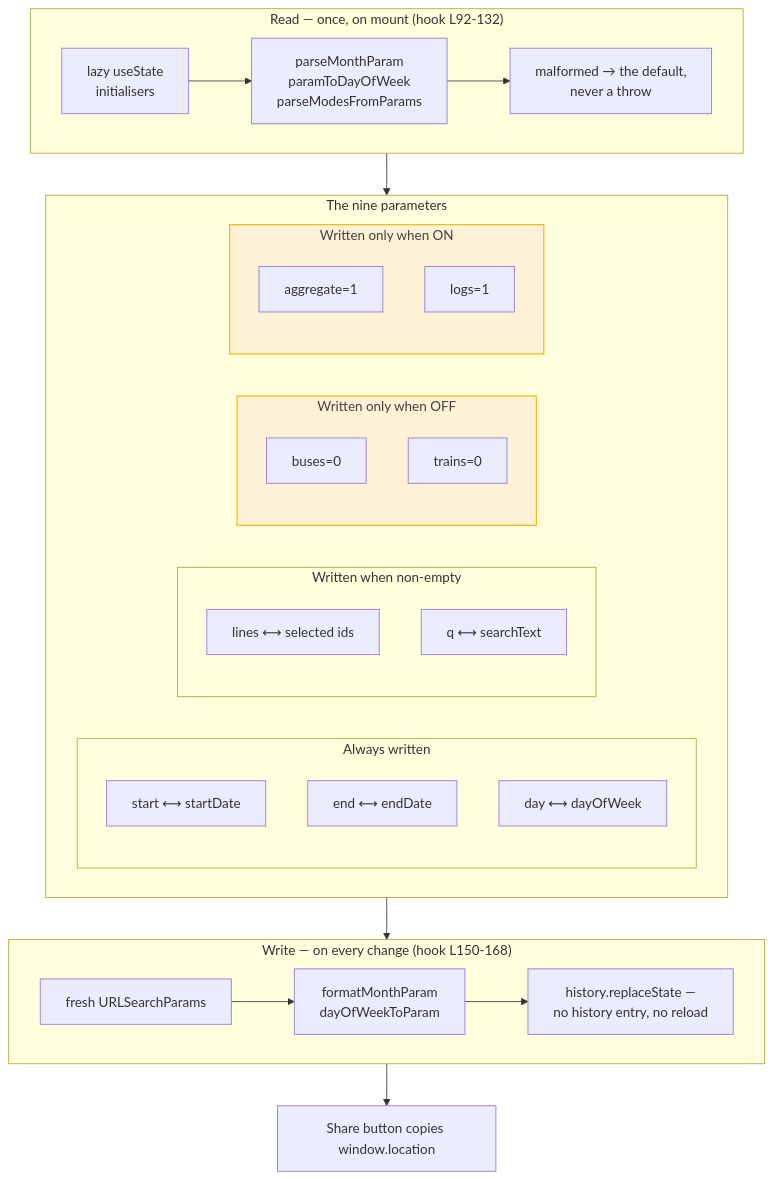
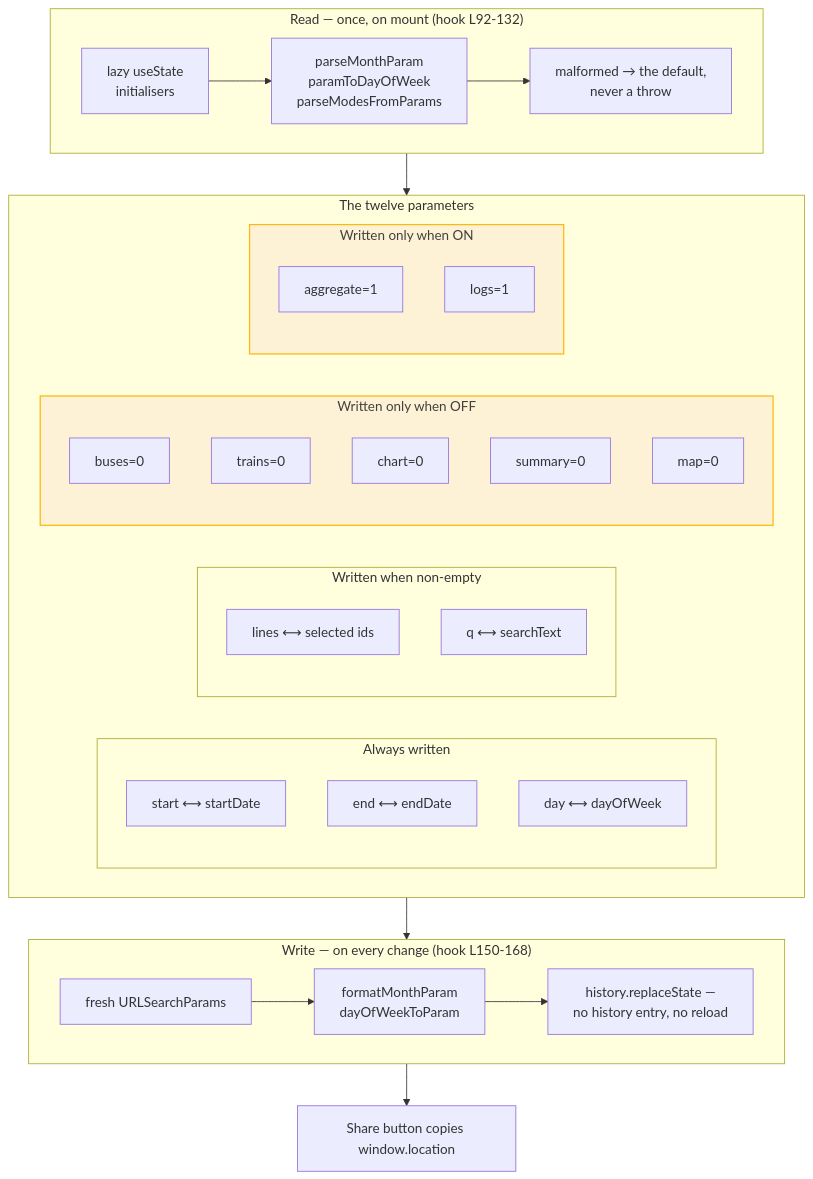
The diagram in docs/architecture/mermaid/10-url-contract.mmd (streetsforall/metro_ridership_app), drawn with Mermaid before and after one commit. The commit also changed 32 other files, not shown here.

```diff
--- a/docs/architecture/mermaid/10-url-contract.mmd
+++ b/docs/architecture/mermaid/10-url-contract.mmd
@@ -1,53 +1,56 @@
 flowchart TB
   subgraph readPath["Read — once, on mount (hook L92-132)"]
     direction LR
     lazyInit["lazy useState<br/>initialisers"]
     parsers["parseMonthParam<br/>paramToDayOfWeek<br/>parseModesFromParams"]
     fallback["malformed → the default,<br/>never a throw"]
     lazyInit --> parsers --> fallback
   end
 
-  subgraph pairs["The nine parameters"]
+  subgraph pairs["The twelve parameters"]
     direction LR
 
     subgraph always["Always written"]
       direction TB
       p1["start ⟷ startDate"]
       p2["end ⟷ endDate"]
       p3["day ⟷ dayOfWeek"]
     end
 
     subgraph whenSet["Written when non-empty"]
       direction TB
       p4["lines ⟷ selected ids"]
       p5["q ⟷ searchText"]
     end
 
     subgraph whenOff["Written only when OFF"]
       direction TB
       p6["buses=0"]
       p7["trains=0"]
+      p10["chart=0"]
+      p11["summary=0"]
+      p12["map=0"]
     end
 
     subgraph whenOn["Written only when ON"]
       direction TB
       p8["aggregate=1"]
       p9["logs=1"]
     end
   end
 
   subgraph writePath["Write — on every change (hook L150-168)"]
     direction LR
     build["fresh URLSearchParams"]
     formatters["formatMonthParam<br/>dayOfWeekToParam"]
     replace["history.replaceState —<br/>no history entry, no reload"]
     build --> formatters --> replace
   end
 
   share["Share button copies window.location"]
 
   fallback --> pairs --> build
   replace --> share
 
   classDef pending fill:#fdf2d6,stroke:#fdb913,stroke-width:1.5px,color:#44403c
   class whenOff,whenOn pending
```
